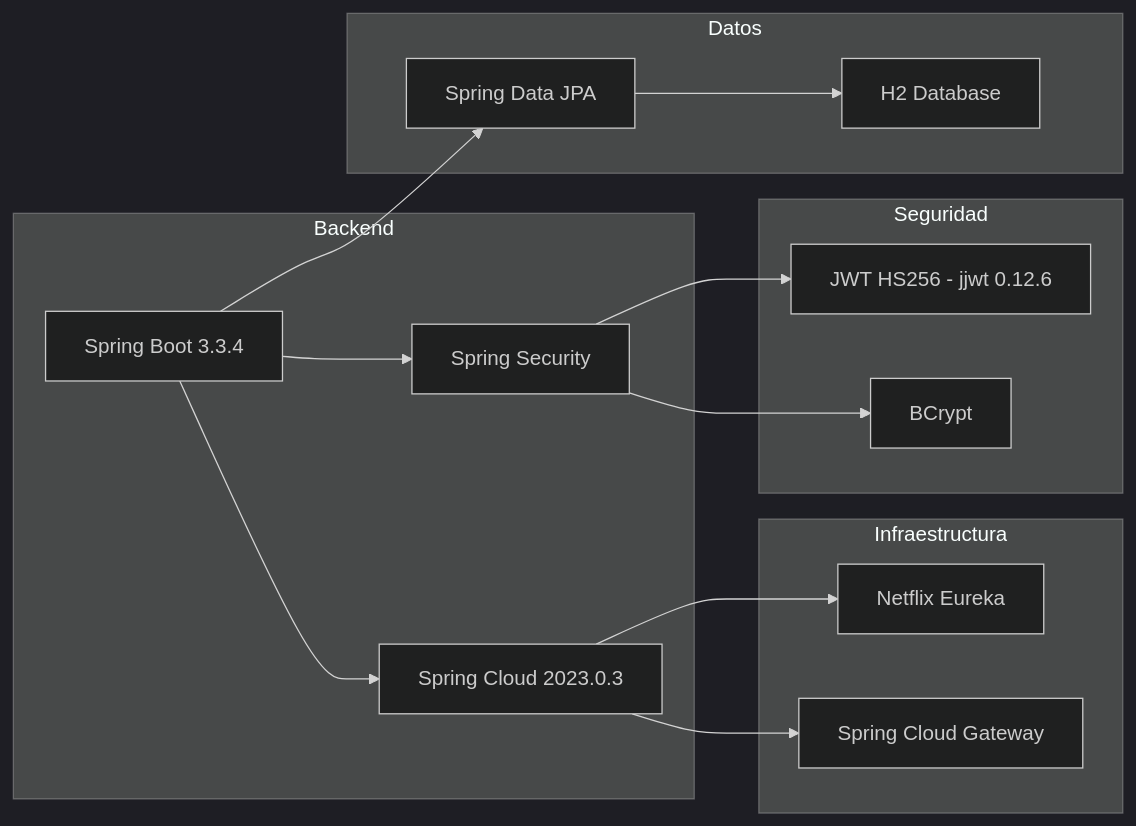
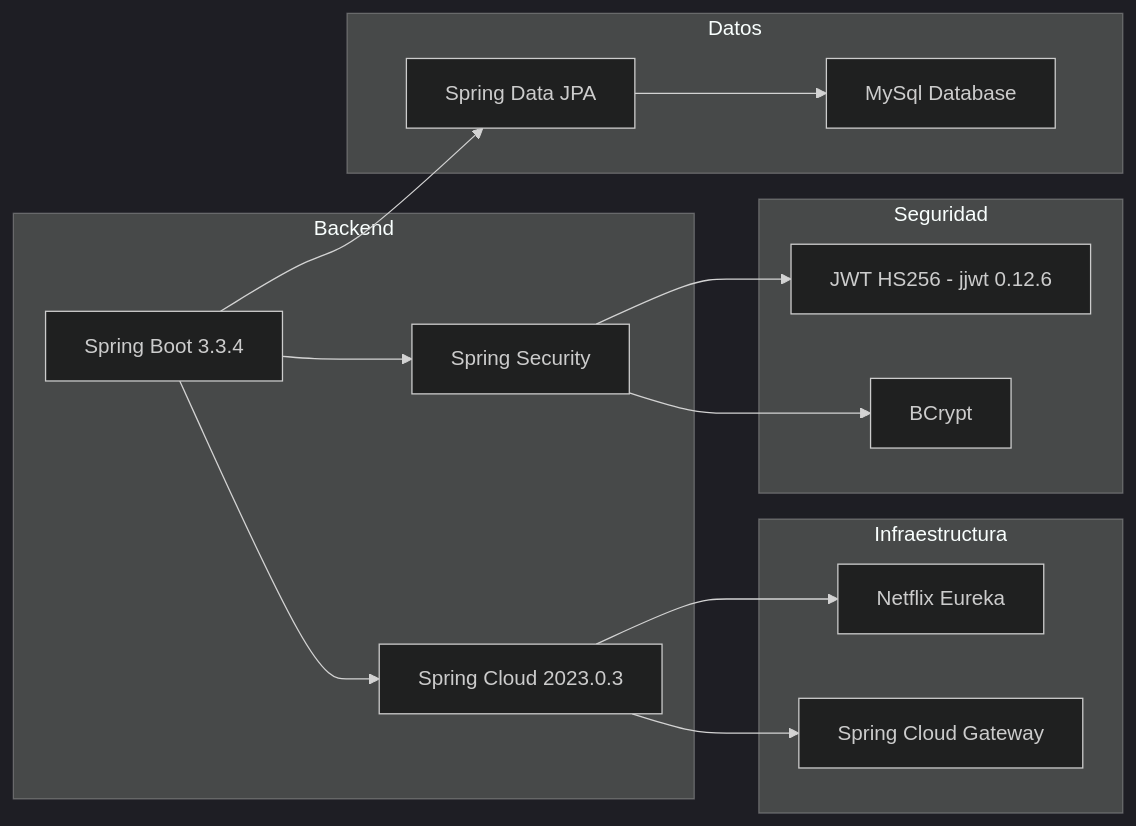
One commit to ByAncort/ETL-BACKEND changed the fifth of 7 diagrams in README.md. Above: the diagram before and after it, drawn with Mermaid (dark theme). The commit also changed other lines of this file, not shown here.

First line of the commit message:
Replace H2 with MySQL in README

````diff
--- a/README.md
+++ b/README.md
@@ -194,32 +192,32 @@
 ```mermaid
 graph LR
     subgraph Backend
         SB["Spring Boot 3.3.4"]
         SC["Spring Cloud 2023.0.3"]
         SS["Spring Security"]
     end
 
     subgraph Infraestructura
         EU["Netflix Eureka"]
         SCG["Spring Cloud Gateway"]
     end
 
     subgraph Seguridad
         JWT["JWT HS256 - jjwt 0.12.6"]
         BC["BCrypt"]
     end
 
     subgraph Datos
-        H2["H2 Database"]
+        MYSQL["MySql Database"]
         JPA["Spring Data JPA"]
     end
 
     SB --> SC
     SC --> EU
     SC --> SCG
     SB --> SS
     SS --> JWT
     SS --> BC
     SB --> JPA
-    JPA --> H2
+    JPA --> MYSQL
 ```
````
